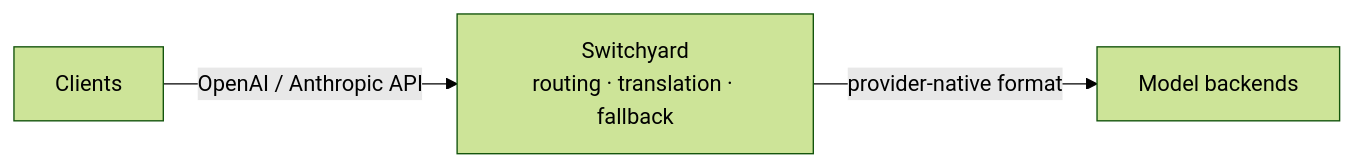
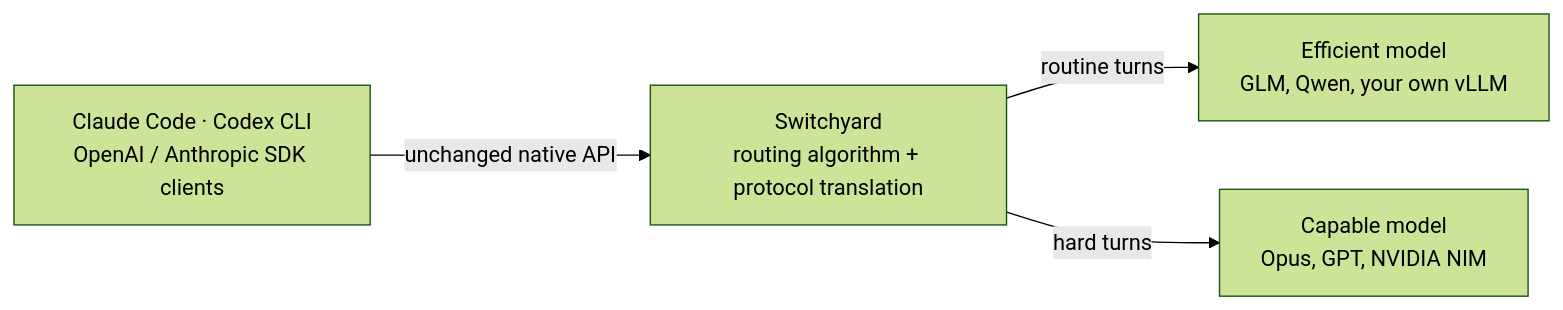
One commit to NVIDIA-NeMo/Switchyard changed the diagram in README.md. Above: the diagram before and after it, drawn with Mermaid (forest theme). The commit also changed other lines of this file and 1 other file, not shown here.

````diff
--- a/README.md
+++ b/README.md
@@ -108,9 +58,11 @@
 ```mermaid
 flowchart LR
-    clients["Clients"]
-    switchyard["Switchyard<br/>routing · translation · fallback"]
-    backends["Model backends"]
+    A["Claude Code · Codex CLI<br/>OpenAI / Anthropic SDK clients"]
+    SY["Switchyard<br/>routing algorithm + protocol translation"]
+    E["Efficient model<br/>GLM, Qwen, your own vLLM"]
+    C["Capable model<br/>Opus, GPT, NVIDIA NIM"]
 
-    clients -->|"OpenAI / Anthropic API"| switchyard
-    switchyard -->|"provider-native format"| backends
+    A -->|"unchanged native API"| SY
+    SY -->|"routine turns"| E
+    SY -->|"hard turns"| C
 ```
````
